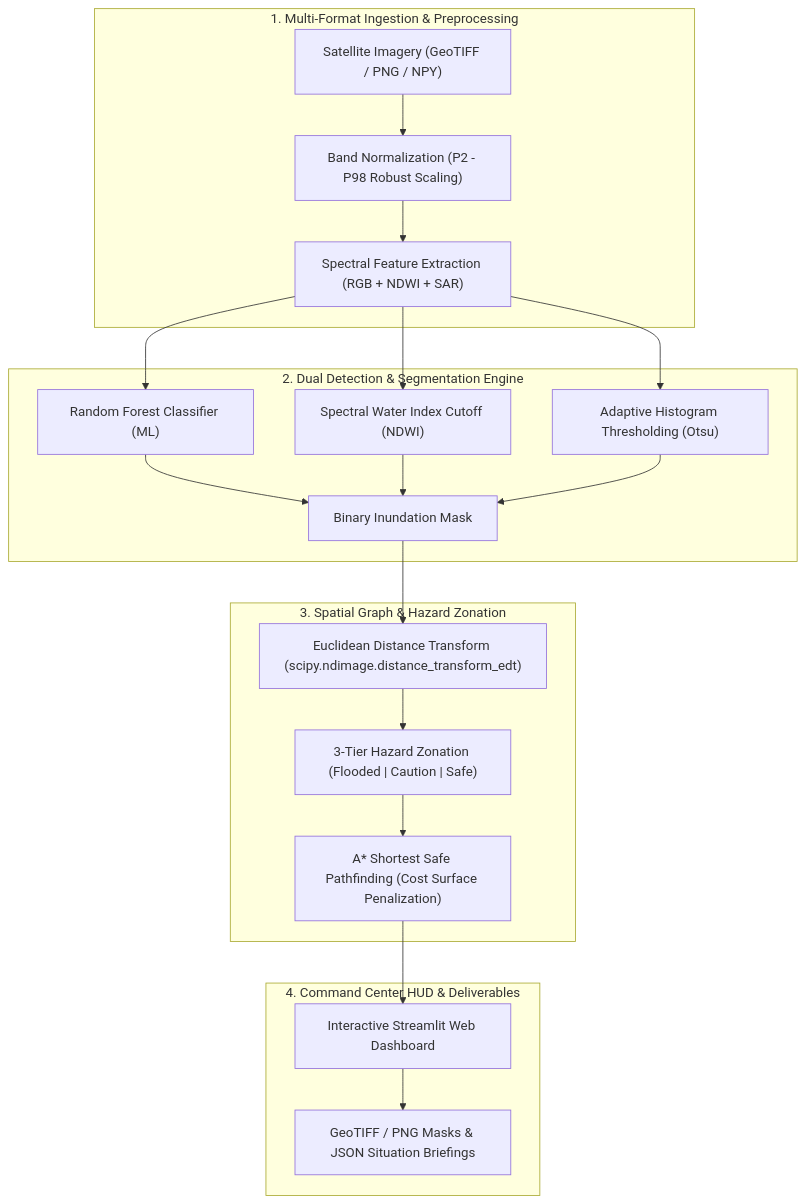
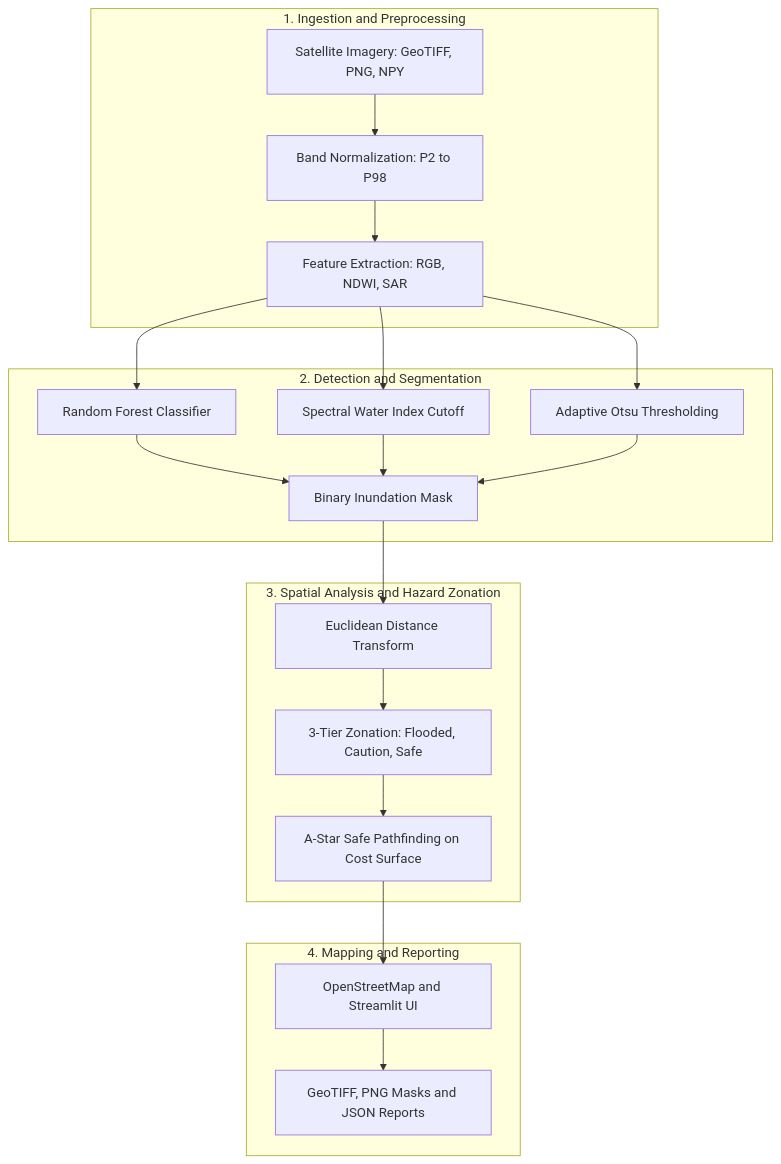
The diagram in README.md (GodwinOkronipa/RS-Flood-Mapper), drawn with Mermaid before and after one commit.

Commit message:
fix: resolve Mermaid diagram syntax for markdown previewers

````diff
--- a/README.md
+++ b/README.md
@@ -28,27 +28,27 @@
 ```mermaid
 flowchart TD
-    subgraph DataIngestion["1. Multi-Format Ingestion & Preprocessing"]
-        A["Satellite Imagery (GeoTIFF / PNG / NPY)"] --> B["Band Normalization (P2 - P98 Robust Scaling)"]
-        B --> C["Spectral Feature Extraction (RGB + NDWI + SAR)"]
+    subgraph S1 [1. Ingestion and Preprocessing]
+        A[Satellite Imagery: GeoTIFF, PNG, NPY] --> B[Band Normalization: P2 to P98]
+        B --> C[Feature Extraction: RGB, NDWI, SAR]
     end
 
-    subgraph DetectionEngine["2. Dual Detection & Segmentation Engine"]
-        C --> D1["Random Forest Classifier (ML)"]
-        C --> D2["Spectral Water Index Cutoff (NDWI)"]
-        C --> D3["Adaptive Histogram Thresholding (Otsu)"]
-        D1 --> E["Binary Inundation Mask"]
+    subgraph S2 [2. Detection and Segmentation]
+        C --> D1[Random Forest Classifier]
+        C --> D2[Spectral Water Index Cutoff]
+        C --> D3[Adaptive Otsu Thresholding]
+        D1 --> E[Binary Inundation Mask]
         D2 --> E
         D3 --> E
     end
 
-    subgraph SpatialAnalysis["3. Spatial Graph & Hazard Zonation"]
-        E --> F["Euclidean Distance Transform (scipy.ndimage.distance_transform_edt)"]
-        F --> G["3-Tier Hazard Zonation (Flooded | Caution | Safe)"]
-        G --> H["A* Shortest Safe Pathfinding (Cost Surface Penalization)"]
+    subgraph S3 [3. Spatial Analysis and Hazard Zonation]
+        E --> F[Euclidean Distance Transform]
+        F --> G[3-Tier Zonation: Flooded, Caution, Safe]
+        G --> H[A-Star Safe Pathfinding on Cost Surface]
     end
 
-    subgraph Reporting["4. Command Center HUD & Deliverables"]
-        H --> I["Interactive Streamlit Web Dashboard"]
-        I --> J["GeoTIFF / PNG Masks & JSON Situation Briefings"]
+    subgraph S4 [4. Mapping and Reporting]
+        H --> I[OpenStreetMap and Streamlit UI]
+        I --> J[GeoTIFF, PNG Masks and JSON Reports]
     end
 ```
````
